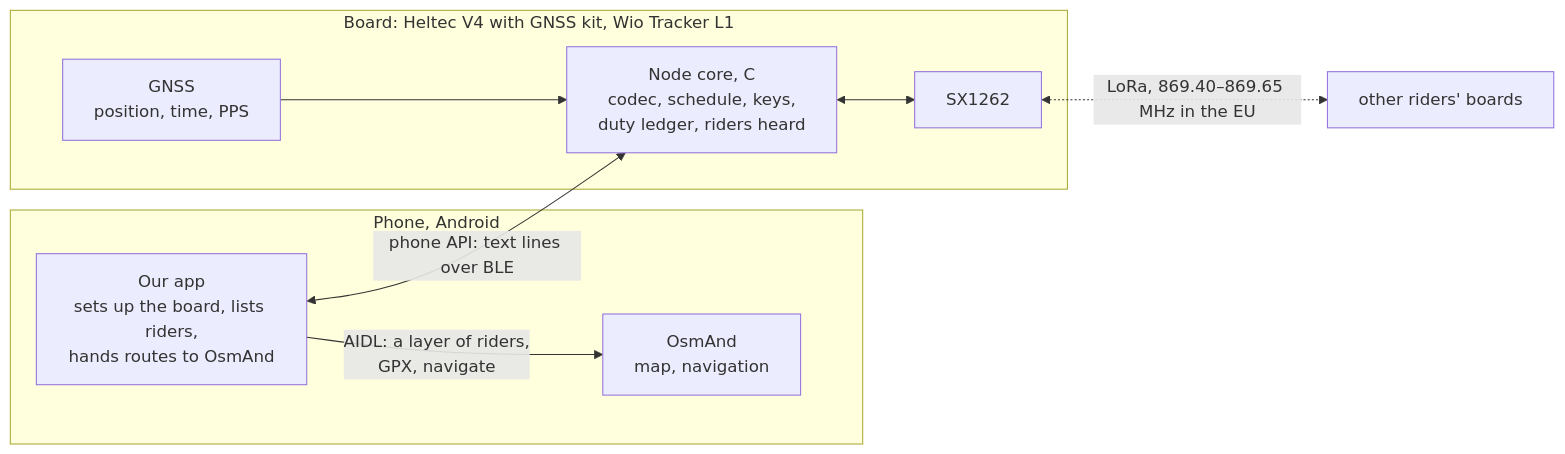
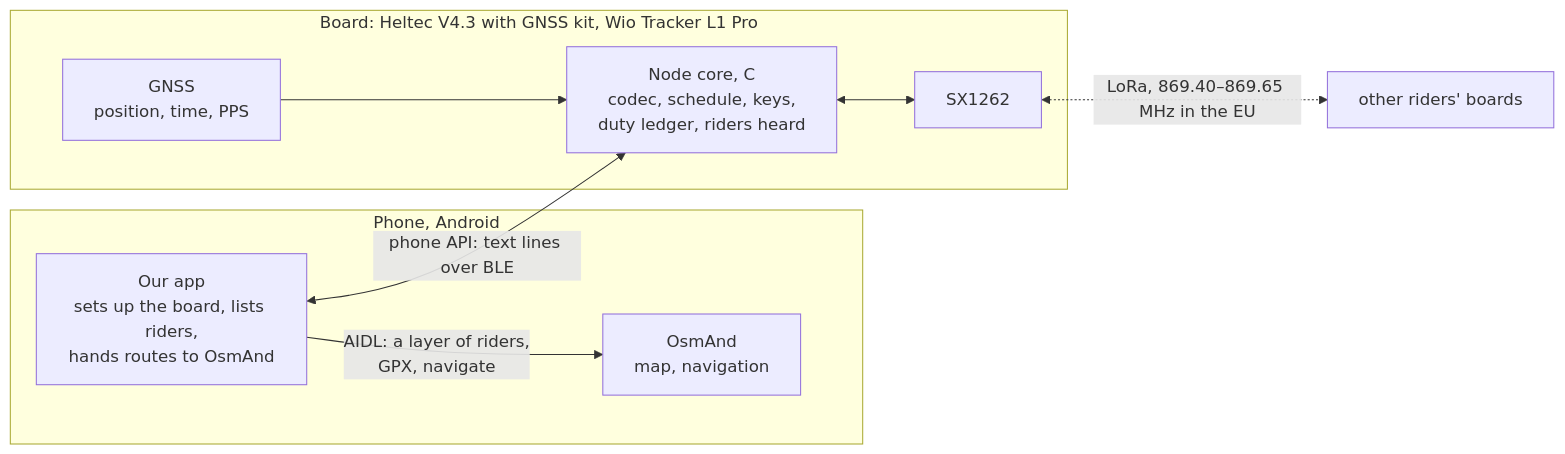
Before and after one commit to MiklerGM/lora-convoy: the first of 2 diagrams in docs/ARCHITECTURE.md, drawn with Mermaid. The commit also changed other lines of this file and 3 other files, not shown here.

````diff
--- a/docs/ARCHITECTURE.md
+++ b/docs/ARCHITECTURE.md
@@ -9,15 +9,15 @@
 ```mermaid
 flowchart LR
   subgraph phone["Phone, Android"]
     app["Our app<br/>sets up the board, lists riders,<br/>hands routes to OsmAnd"]
     osmand["OsmAnd<br/>map, navigation"]
     app -->|"AIDL: a layer of riders,<br/>GPX, navigate"| osmand
   end
-  subgraph board["Board: Heltec V4 with GNSS kit, Wio Tracker L1"]
+  subgraph board["Board: Heltec V4.3 with GNSS kit, Wio Tracker L1 Pro"]
     gnss["GNSS<br/>position, time, PPS"] --> core
     core["Node core, C<br/>codec, schedule, keys,<br/>duty ledger, riders heard"]
     core <--> radio["SX1262"]
   end
   app <-->|"phone API: text lines over BLE"| core
   radio <-.->|"LoRa, 869.40–869.65 MHz in the EU"| others["other riders' boards"]
 ```
````
